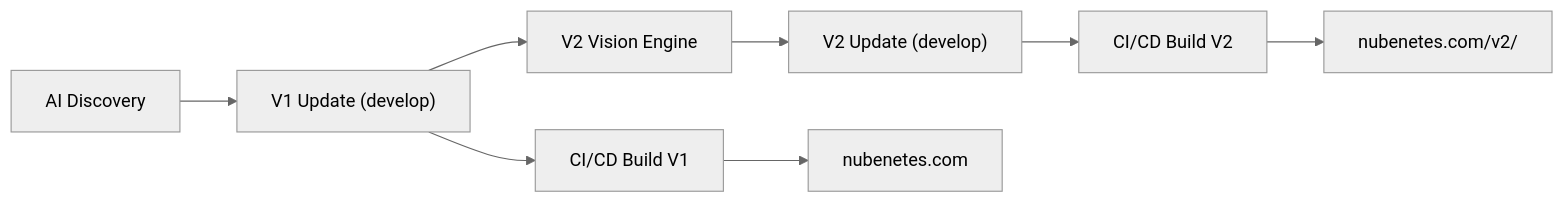
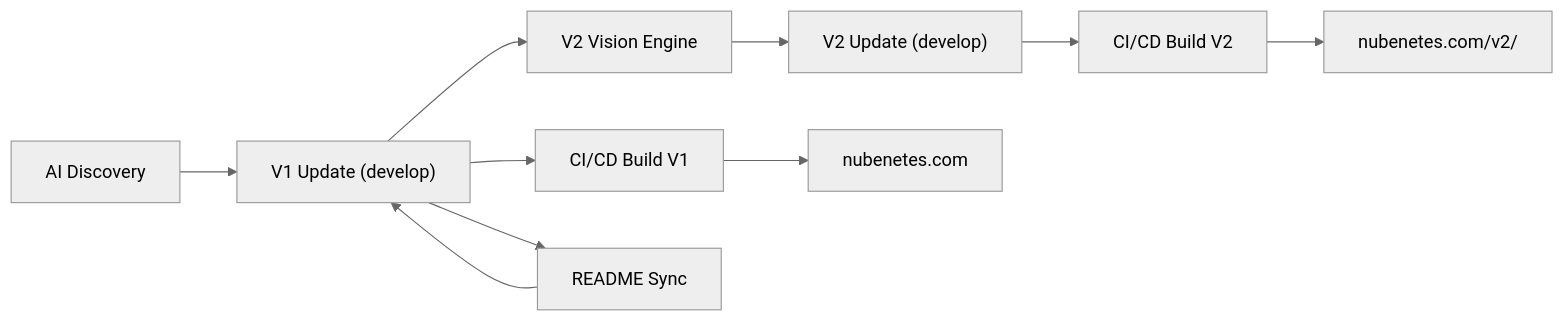
The fifth of 5 diagrams in README.md (nubenetes/awesome-kubernetes), drawn with Mermaid (neutral theme) before and after one commit. The commit also changed other lines of this file and 2 other files, not shown here.

````diff
--- a/README.md
+++ b/README.md
@@ -242,10 +265,12 @@
 ```mermaid
 graph LR
     A["AI Discovery"] --> B["V1 Update (develop)"]
     B --> C["CI/CD Build V1"]
     B --> D["V2 Vision Engine"]
+    B --> Z["README Sync"]
     D --> E["V2 Update (develop)"]
     E --> F["CI/CD Build V2"]
     C --> G["nubenetes.com"]
     F --> H["nubenetes.com/v2/"]
+    Z --> B
 ```
````
